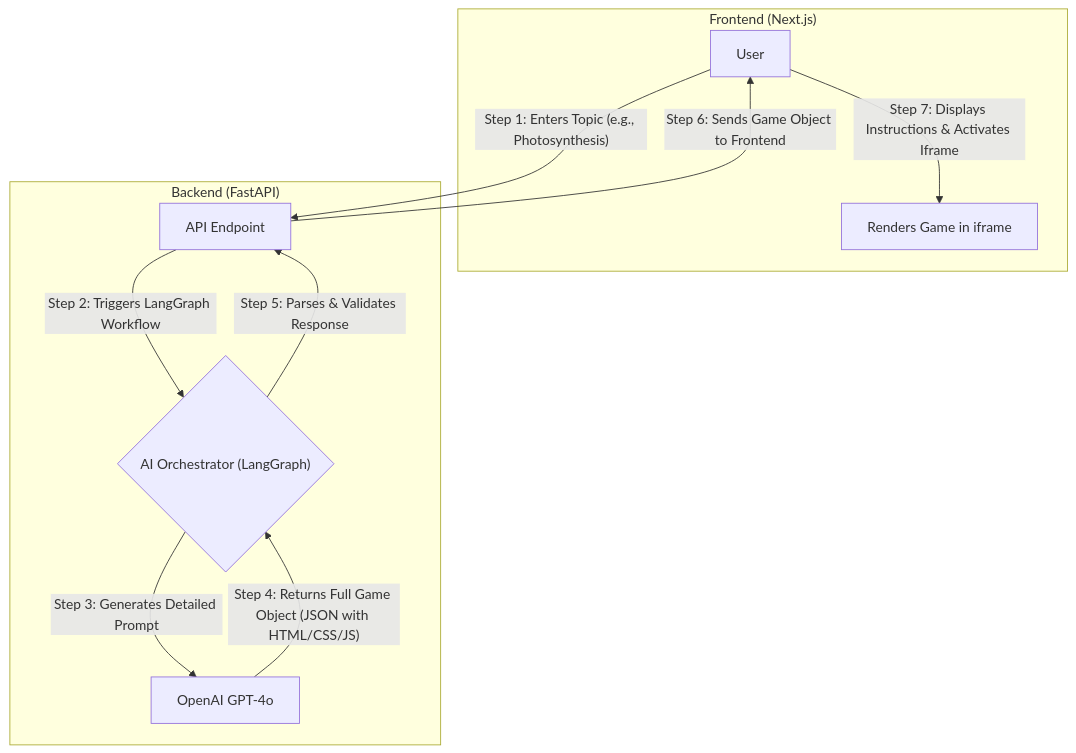
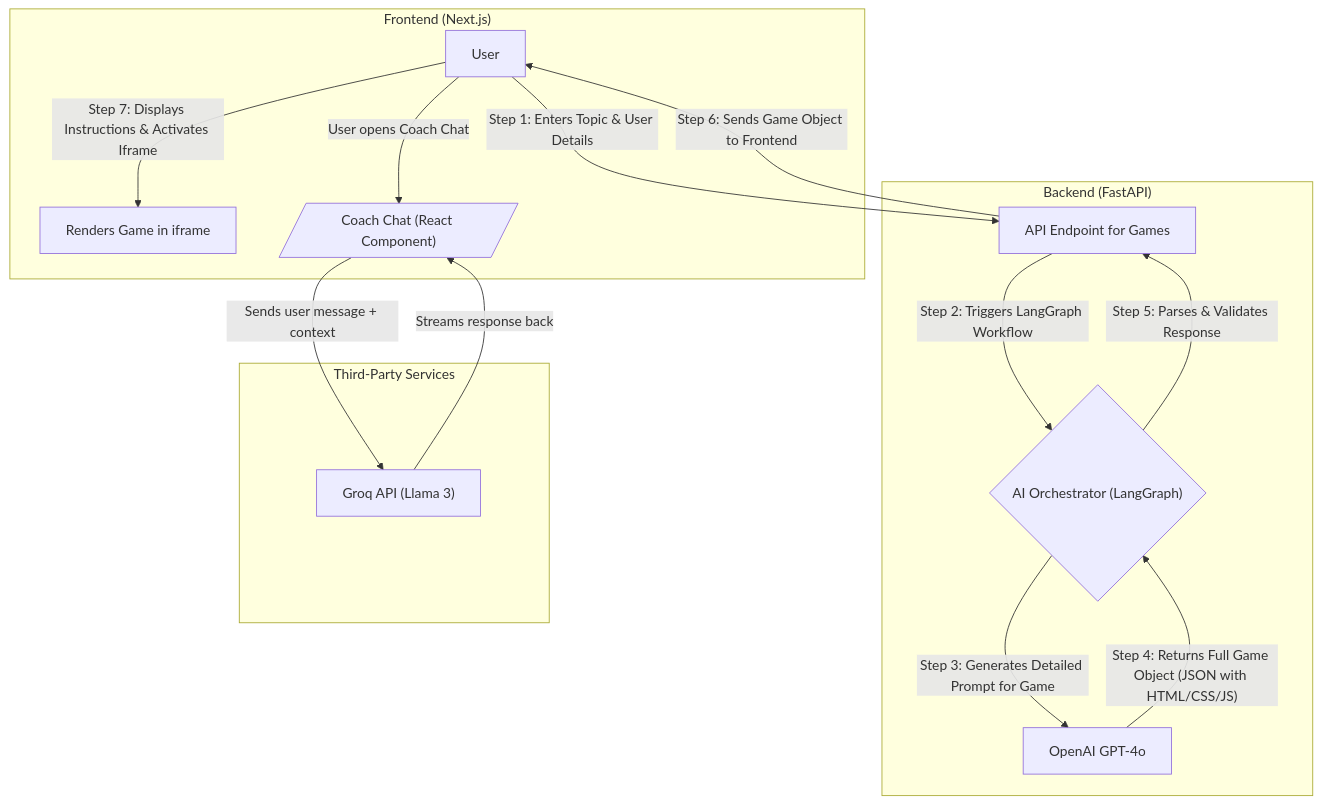
Before and after one commit to saiisback/empower: the diagram in README.md, drawn with Mermaid. The commit also changed other lines of this file and 10 other files, not shown here.

````diff
--- a/README.md
+++ b/README.md
@@ -41,21 +42,30 @@
 ```mermaid
 graph TD
     subgraph "Frontend (Next.js)"
         A[User]
         E["Renders Game in iframe"]
+        F[/"Coach Chat (React Component)"/]
     end
 
     subgraph "Backend (FastAPI)"
-        B["API Endpoint"]
+        B["API Endpoint for Games"]
         C{"AI Orchestrator (LangGraph)"}
         D["OpenAI GPT-4o"]
     end
+    
+    subgraph "Third-Party Services"
+        G["Groq API (Llama 3)"]
+    end
 
-    A -->|"Step 1: Enters Topic (e.g., Photosynthesis)"| B;
+    A -->|"Step 1: Enters Topic & User Details"| B;
     B -->|"Step 2: Triggers LangGraph Workflow"| C;
-    C -->|"Step 3: Generates Detailed Prompt"| D;
+    C -->|"Step 3: Generates Detailed Prompt for Game"| D;
     D -->|"Step 4: Returns Full Game Object (JSON with HTML/CSS/JS)"| C;
     C -->|"Step 5: Parses & Validates Response"| B;
     B -->|"Step 6: Sends Game Object to Frontend"| A;
     A -->|"Step 7: Displays Instructions & Activates Iframe"| E;
+    
+    A -->|"User opens Coach Chat"| F;
+    F -->|"Sends user message + context"| G;
+    G -->|"Streams response back"| F;
 ```
````
